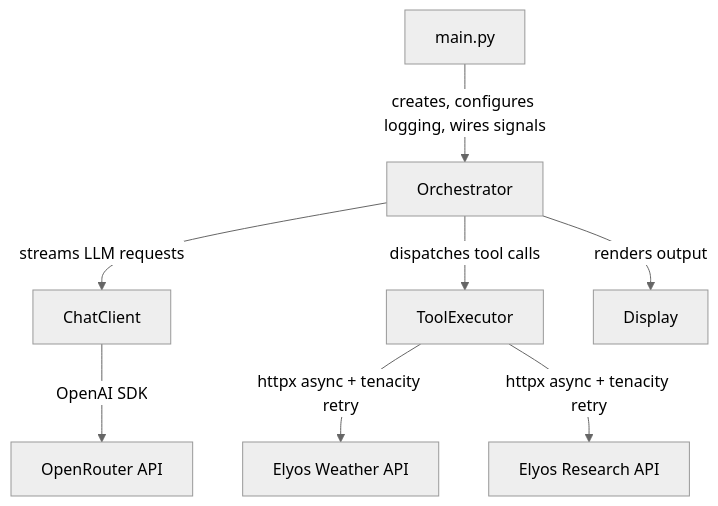
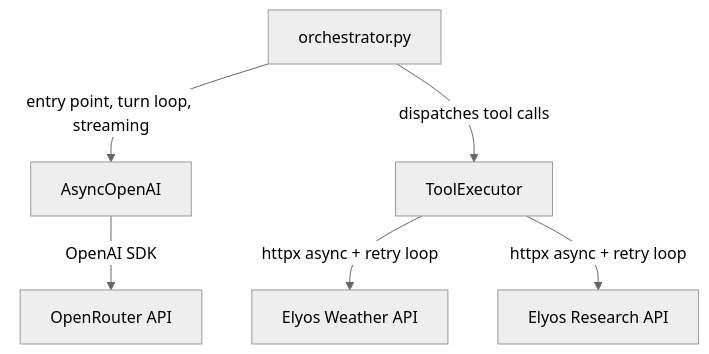
The first of 5 diagrams in ARCHITECTURE.md (codexceed/cli-chat), drawn with Mermaid (neutral theme) before and after one commit. The commit also changed other lines of this file and 9 other files, not shown here.

````diff
--- a/ARCHITECTURE.md
+++ b/ARCHITECTURE.md
@@ -7,10 +7,8 @@
 ```mermaid
 graph TD
-    A[main.py] -->|creates, configures logging, wires signals| B[Orchestrator]
-    B -->|streams LLM requests| C[ChatClient]
-    B -->|dispatches tool calls| D[ToolExecutor]
-    B -->|renders output| E[Display]
-    C -->|OpenAI SDK| F[OpenRouter API]
-    D -->|httpx async + tenacity retry| G[Elyos Weather API]
-    D -->|httpx async + tenacity retry| H[Elyos Research API]
+    A[orchestrator.py] -->|entry point, turn loop, streaming| B[AsyncOpenAI]
+    A -->|dispatches tool calls| C[ToolExecutor]
+    B -->|OpenAI SDK| D[OpenRouter API]
+    C -->|httpx async + retry loop| E[Elyos Weather API]
+    C -->|httpx async + retry loop| F[Elyos Research API]
 ```
````
